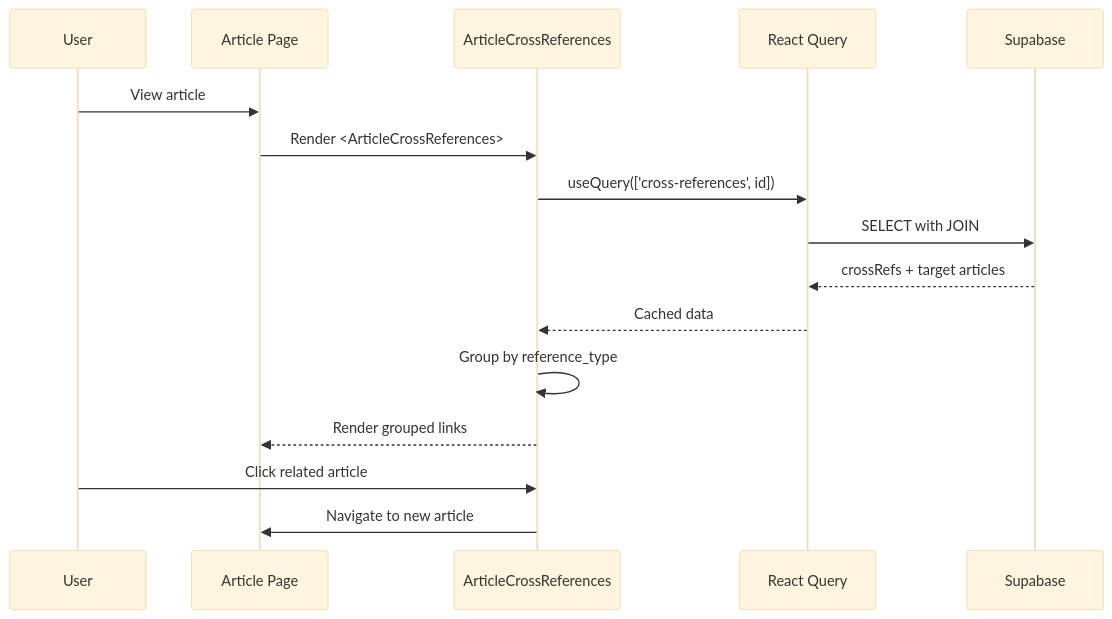
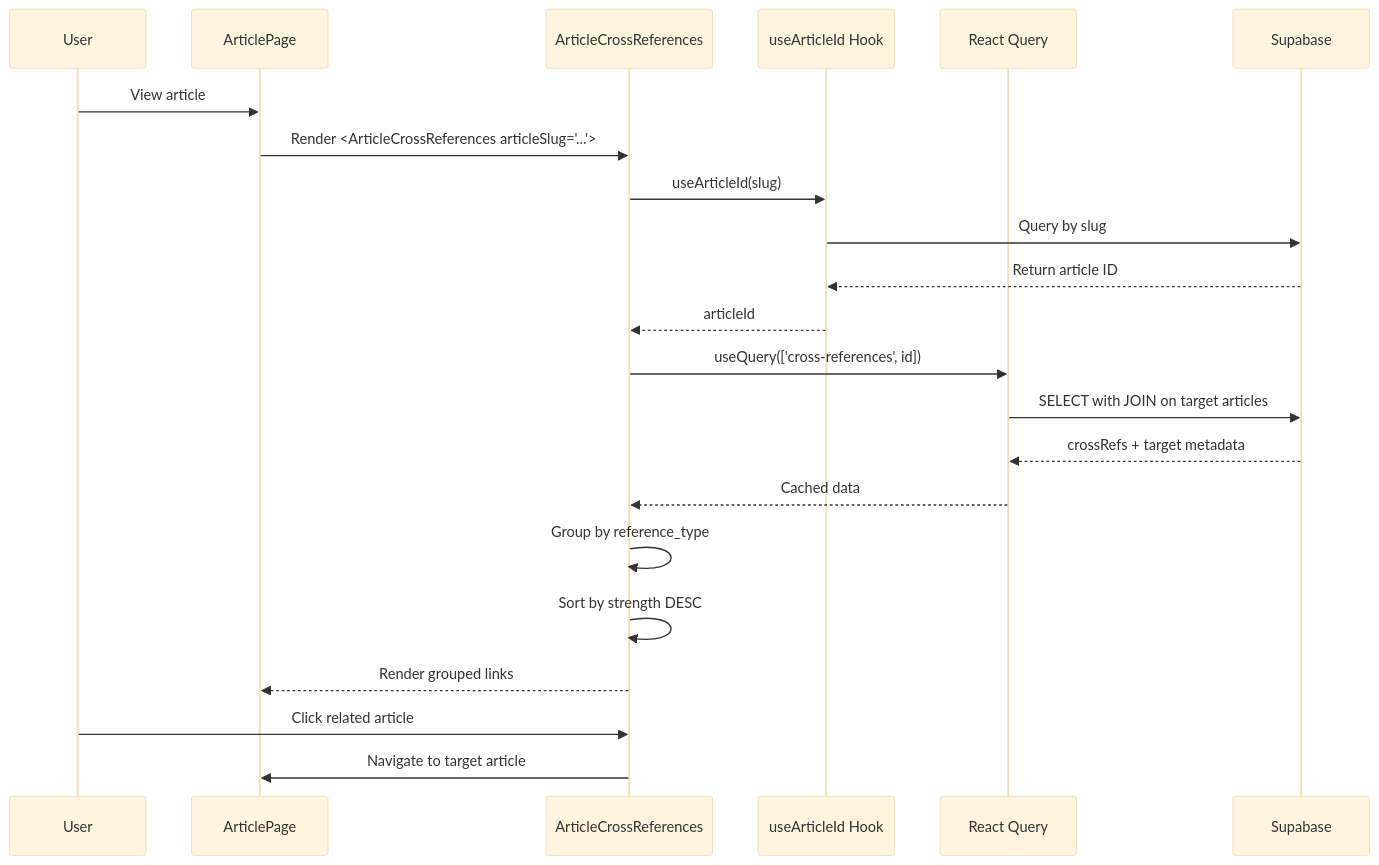
The eighth of 10 diagrams in docs/architecture/CROSS_REFERENCE_SYSTEM.md (dhruvrakesh/srangam-42267), drawn with Mermaid (base theme) before and after one commit. The commit also changed other lines of this file and 3 other files, not shown here.

````diff
--- a/docs/architecture/CROSS_REFERENCE_SYSTEM.md
+++ b/docs/architecture/CROSS_REFERENCE_SYSTEM.md
@@ -222,19 +390,28 @@
 ```mermaid
 sequenceDiagram
     participant U as User
-    participant P as Article Page
+    participant P as ArticlePage
     participant C as ArticleCrossReferences
+    participant H as useArticleId Hook
     participant Q as React Query
     participant S as Supabase
     
     U->>P: View article
-    P->>C: Render <ArticleCrossReferences>
+    P->>C: Render <ArticleCrossReferences articleSlug="...">
+    C->>H: useArticleId(slug)
+    H->>S: Query by slug
+    S-->>H: Return article ID
+    H-->>C: articleId
+    
     C->>Q: useQuery(['cross-references', id])
-    Q->>S: SELECT with JOIN
-    S-->>Q: crossRefs + target articles
+    Q->>S: SELECT with JOIN on target articles
+    S-->>Q: crossRefs + target metadata
     Q-->>C: Cached data
+    
     C->>C: Group by reference_type
+    C->>C: Sort by strength DESC
     C-->>P: Render grouped links
+    
     U->>C: Click related article
-    C->>P: Navigate to new article
+    C->>P: Navigate to target article
 ```
````
